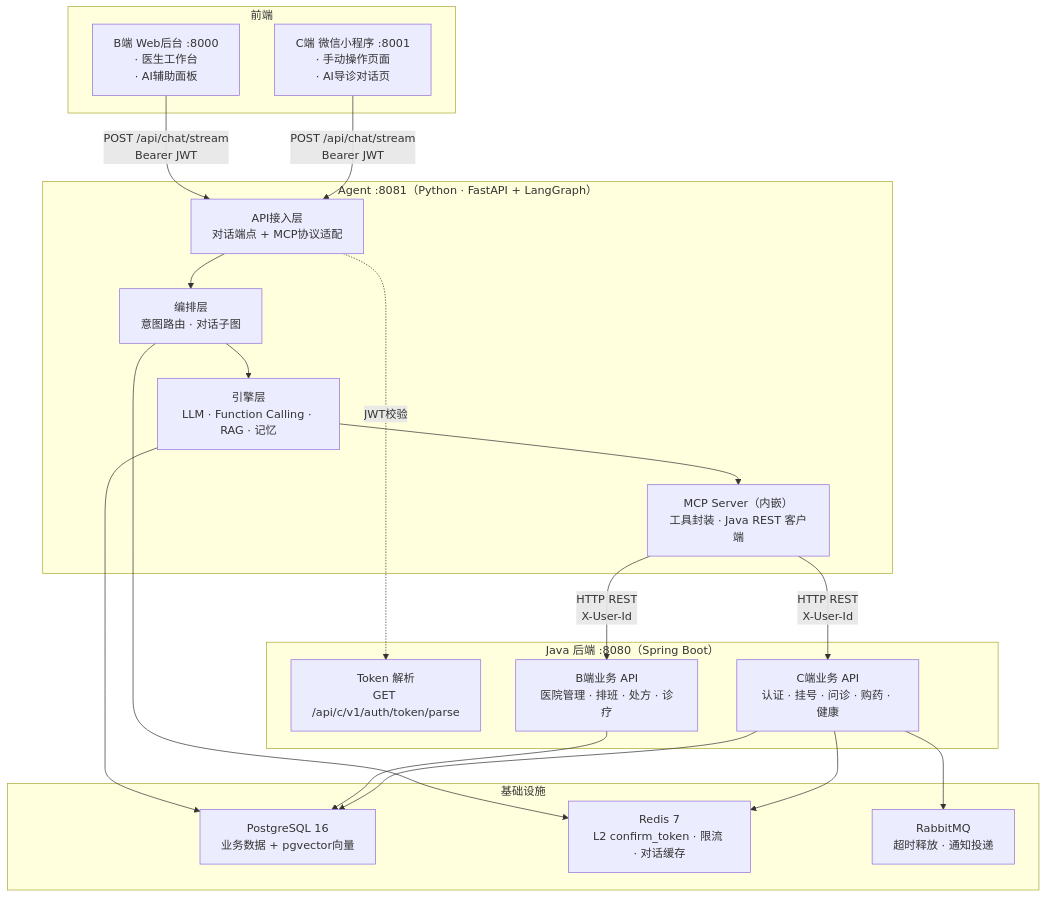
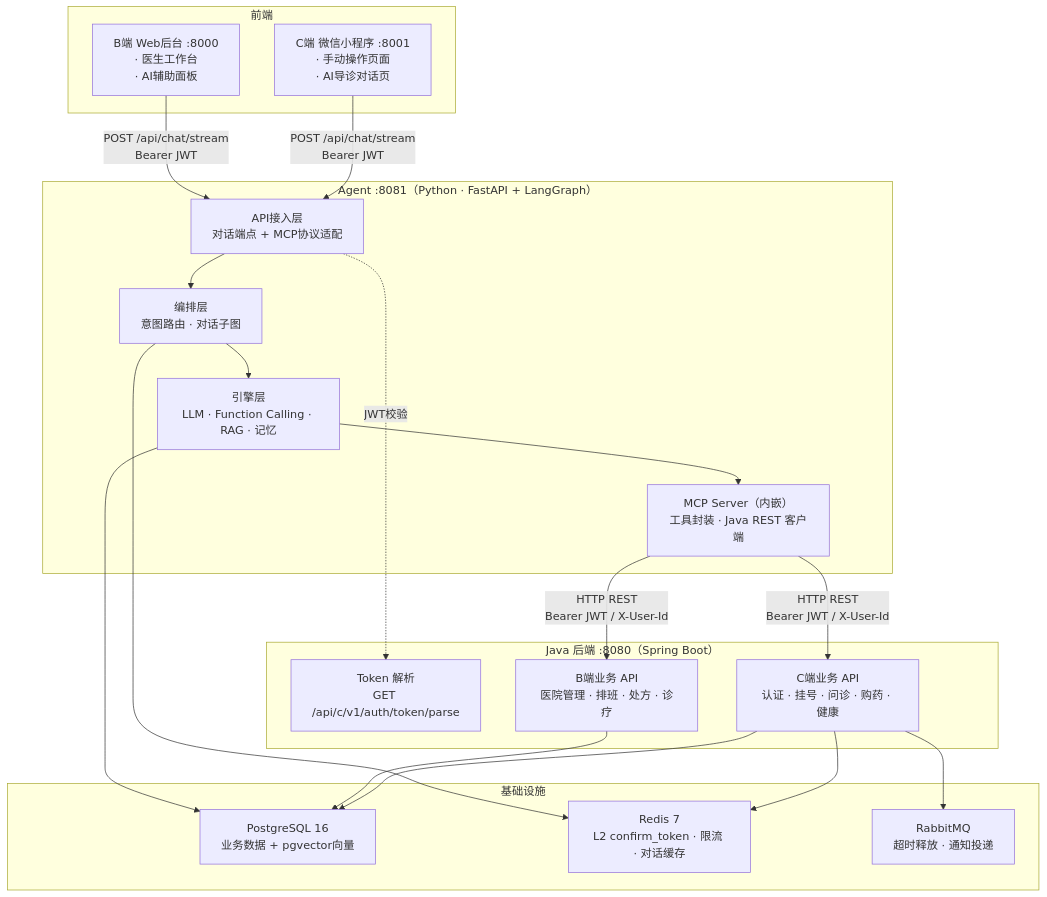
The second of 7 diagrams in sphp-agent/docs/Agent/Agent模块系分.md (lezoo817/SPHP), drawn with Mermaid before and after one commit. The commit also changed other lines of this file and 2 other files, not shown here.

````diff
--- a/sphp-agent/docs/Agent/Agent模块系分.md
+++ b/sphp-agent/docs/Agent/Agent模块系分.md
@@ -280,40 +281,40 @@
 ```mermaid
 graph TB
     subgraph frontend["前端"]
         C_APP["C端 微信小程序 :8001<br/>· 手动操作页面<br/>· AI导诊对话页"]
         B_WEB["B端 Web后台 :8000<br/>· 医生工作台<br/>· AI辅助面板"]
     end
 
     subgraph agent["Agent :8081（Python · FastAPI + LangGraph）"]
         API["API接入层<br/>对话端点 + MCP协议适配"]
         ORCH["编排层<br/>意图路由 · 对话子图"]
         ENG["引擎层<br/>LLM · Function Calling · RAG · 记忆"]
         MCP_INNER["MCP Server（内嵌）<br/>工具封装 · Java REST 客户端"]
         API --> ORCH --> ENG
         ENG --> MCP_INNER
     end
 
     subgraph backend["Java 后端 :8080（Spring Boot）"]
         AUTH["Token 解析<br/>GET /api/c/v1/auth/token/parse"]
         C_API["C端业务 API<br/>认证 · 挂号 · 问诊 · 购药 · 健康"]
         B_API["B端业务 API<br/>医院管理 · 排班 · 处方 · 诊疗"]
     end
 
     subgraph storage["基础设施"]
         PG["PostgreSQL 16<br/>业务数据 + pgvector向量"]
         REDIS["Redis 7<br/>L2 confirm_token · 限流 · 对话缓存"]
         MQ["RabbitMQ<br/>超时释放 · 通知投递"]
     end
 
     C_APP -->|"POST /api/chat/stream<br/>Bearer JWT"| API
     B_WEB -->|"POST /api/chat/stream<br/>Bearer JWT"| API
     API -.->|"JWT校验"| AUTH
-    MCP_INNER -->|"HTTP REST<br/>X-User-Id"| C_API
-    MCP_INNER -->|"HTTP REST<br/>X-User-Id"| B_API
+    MCP_INNER -->|"HTTP REST<br/>Bearer JWT / X-User-Id"| C_API
+    MCP_INNER -->|"HTTP REST<br/>Bearer JWT / X-User-Id"| B_API
     C_API --> PG
     C_API --> REDIS
     C_API --> MQ
     B_API --> PG
     ENG --> PG
     ORCH --> REDIS
 ```
````
